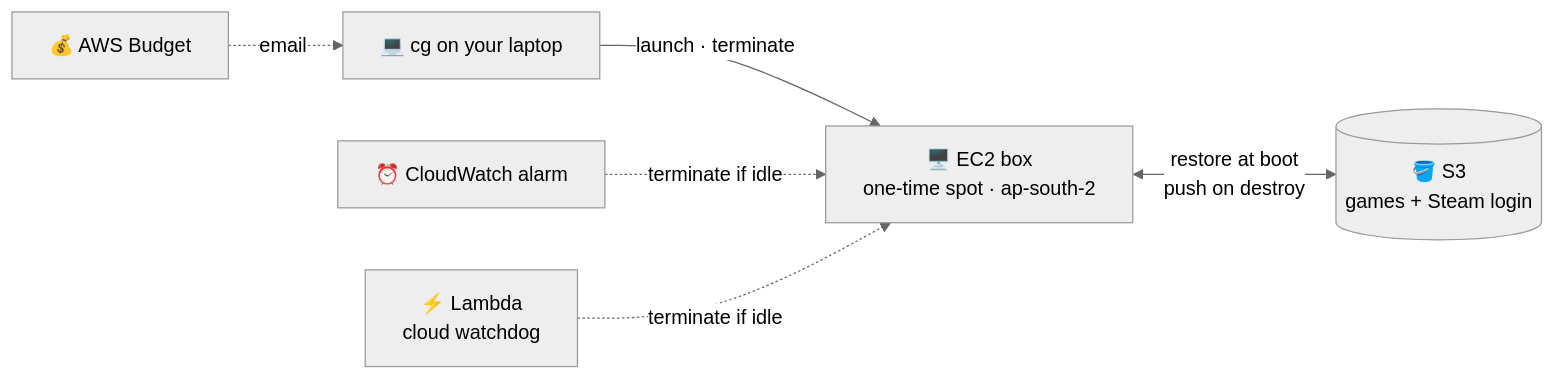
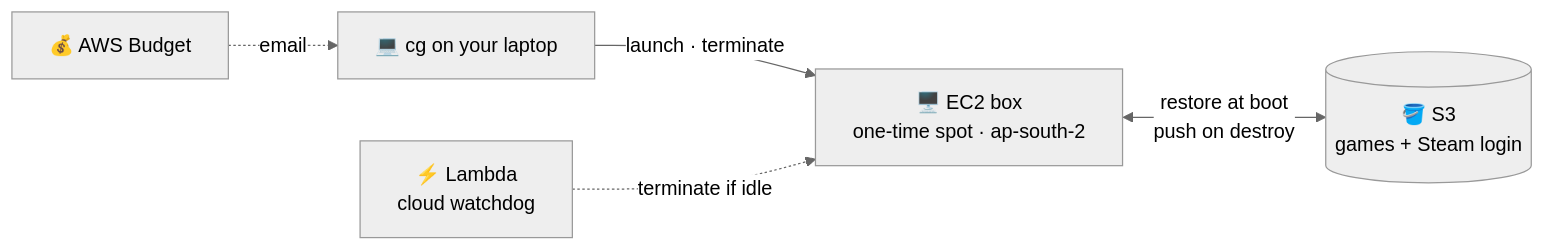
One commit to jebin2/aws_cloud_gaming changed the second of 7 diagrams in docs/architecture.md. Above: the diagram before and after it, drawn with Mermaid (neutral theme). The commit also changed other lines of this file and 27 other files, not shown here.

First line of the commit message:
Remove the CloudWatch idle alarm; the cloud watchdog covers it

````diff
--- a/docs/architecture.md
+++ b/docs/architecture.md
@@ -37,15 +37,13 @@
 ```mermaid
 flowchart LR
   cg["💻 cg on your laptop"]
   ec2["🖥️ EC2 box<br/>one-time spot · ap-south-2"]
   s3[("🪣 S3<br/>games + Steam login")]
-  cw["⏰ CloudWatch alarm"]
   bud["💰 AWS Budget"]
   lam["⚡ Lambda<br/>cloud watchdog"]
 
   cg -->|"launch · terminate"| ec2
   ec2 <-->|"restore at boot<br/>push on destroy"| s3
-  cw -.->|"terminate if idle"| ec2
   lam -.->|"terminate if idle"| ec2
   bud -.->|"email"| cg
 ```
````
